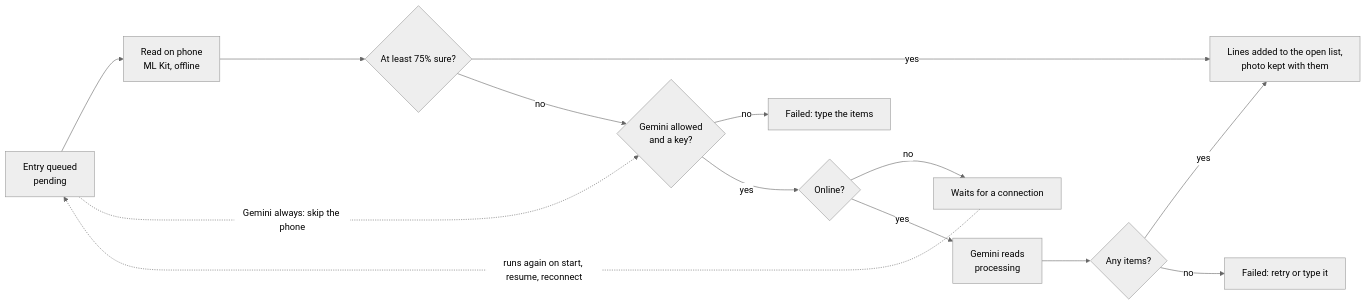
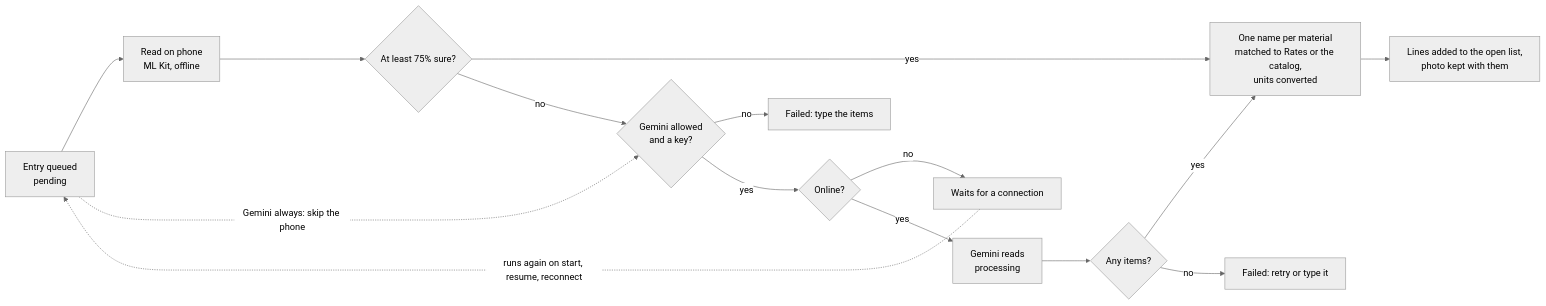
The second of 6 diagrams in docs/Nirman workflows.md (parikshit99/nirman), drawn with Mermaid (neutral theme) before and after one commit. The commit also changed other lines of this file and 33 other files, not shown here.

First line of the commit message:
Nirman 7.1: one name per material; Site report button and ⋮ menu fixes (#94)

````diff
--- a/docs/Nirman workflows.md
+++ b/docs/Nirman workflows.md
@@ -63,15 +63,16 @@
 ```mermaid
 flowchart LR
   E[Entry queued<br/>pending] --> PH[Read on phone<br/>ML Kit, offline]
   PH --> S{At least 75% sure?}
-  S -- yes --> OK[Lines added to the open list,<br/>photo kept with them]
+  S -- yes --> MA[One name per material<br/>matched to Rates or the catalog,<br/>units converted]
+  MA --> OK[Lines added to the open list,<br/>photo kept with them]
   S -- no --> GA{Gemini allowed<br/>and a key?}
   GA -- no --> F1[Failed: type the items]
   GA -- yes --> ON{Online?}
   ON -- no --> WT[Waits for a connection]
   ON -- yes --> GM[Gemini reads<br/>processing] --> ANY{Any items?}
-  ANY -- yes --> OK
+  ANY -- yes --> MA
   ANY -- no --> F2[Failed: retry or type it]
   E -. Gemini always: skip the phone .-> GA
   WT -. runs again on start, resume, reconnect .-> E
 ```
````
